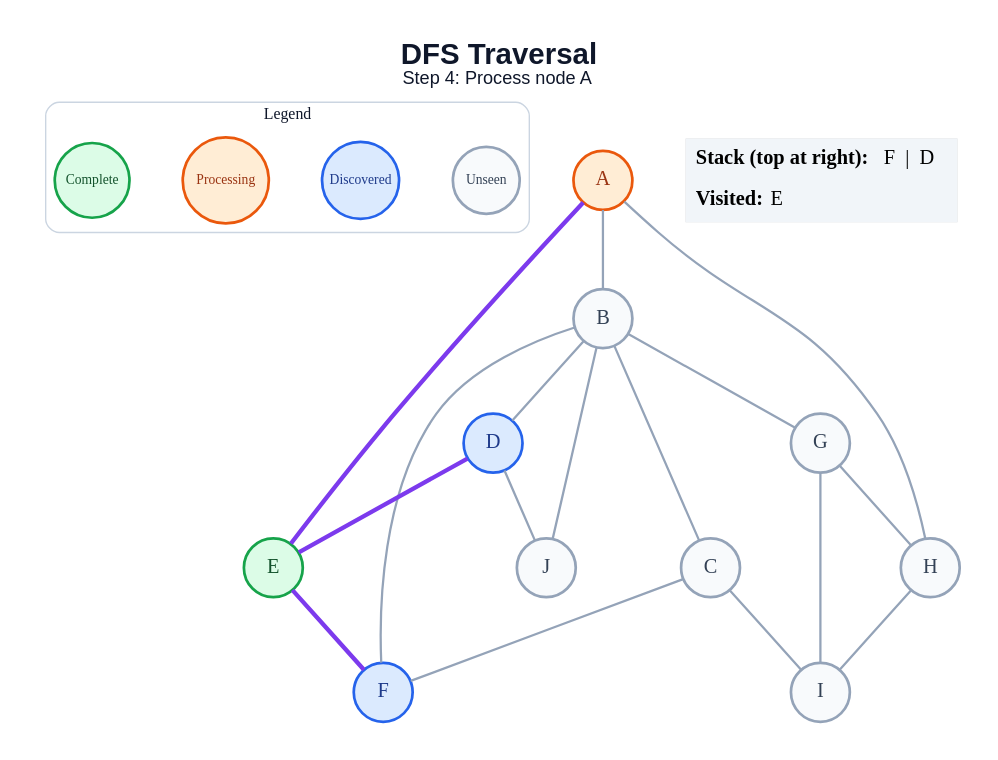
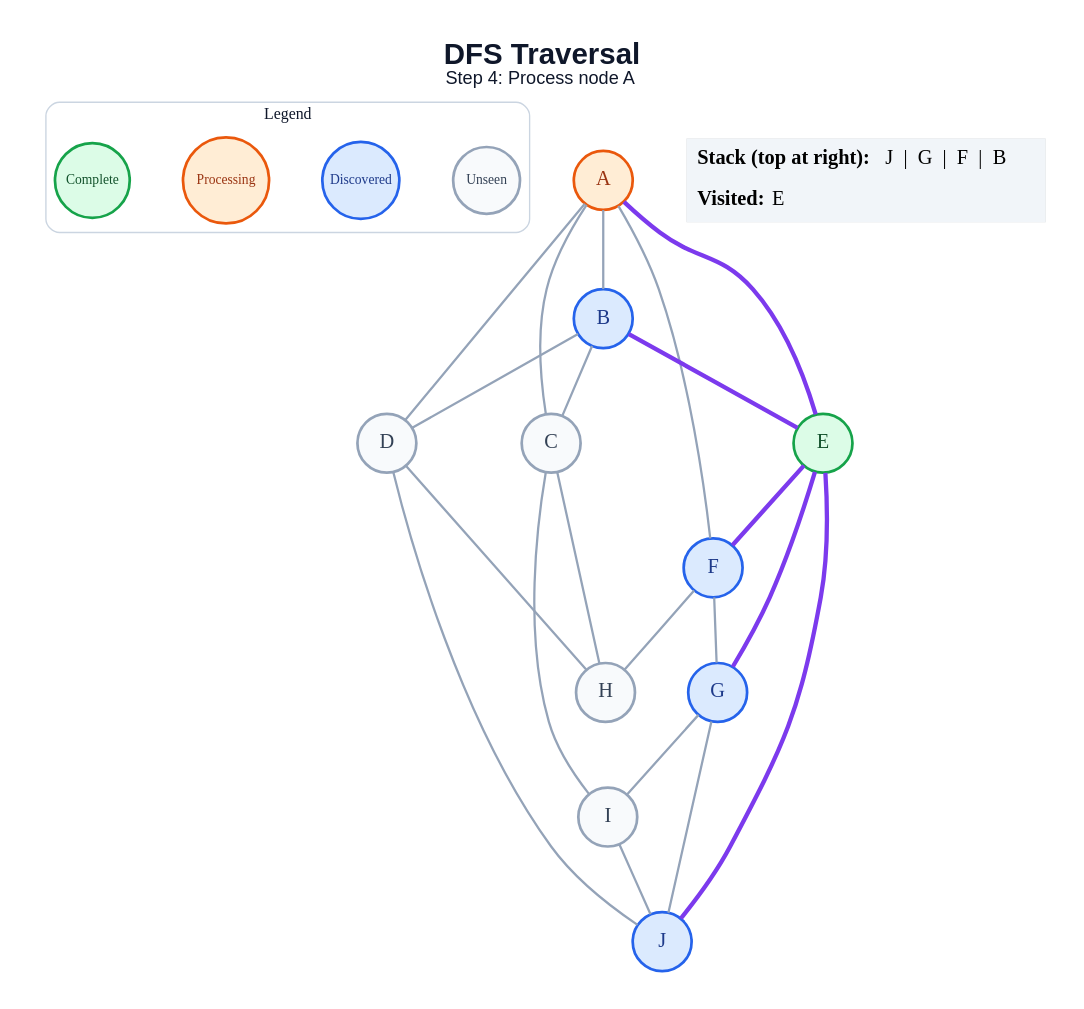
One commit to amanghodawala9/ai-slop changed the diagram in generated/specific-node/dfs/step_04.dot. Above: the diagram before and after it, drawn with Graphviz. The commit also changed 178 other files, not shown here.

```diff
--- a/generated/specific-node/dfs/step_04.dot
+++ b/generated/specific-node/dfs/step_04.dot
@@ -1,45 +1,49 @@
 graph traversal {
   graph [layout=dot, rankdir=TB, bgcolor="#FFFFFF", pad="0.35", nodesep="0.65", ranksep="0.8", fontname="Arial"];
   node [shape=circle, style="filled", fontname="Arial Bold", fontsize=18, width=0.72, fixedsize=true, penwidth=2.4];
   edge [color="#94A3B8", penwidth=2.0];
   label=<<B>DFS Traversal</B><BR/><FONT POINT-SIZE="16">Step 4: Process node A</FONT>>; labelloc="t"; fontsize=26; fontname="Arial"; fontcolor="#0F172A";
   subgraph cluster_legend { label="Legend"; color="#CBD5E1"; penwidth=1.2; style="rounded"; fontsize=14; fontname="Arial Bold";
     key_unseen [label="Unseen", fillcolor="#F8FAFC", color="#94A3B8", fontcolor="#334155", fontsize=12, width=0.82];
     key_frontier [label="Discovered", fillcolor="#DBEAFE", color="#2563EB", fontcolor="#1E3A8A", fontsize=12, width=0.95];
     key_current [label="Processing", fillcolor="#FFEDD5", color="#EA580C", fontcolor="#9A3412", fontsize=12, width=1.05];
     key_done [label="Complete", fillcolor="#DCFCE7", color="#16A34A", fontcolor="#14532D", fontsize=12, width=0.92];
     { rank=same; key_unseen; key_frontier; key_current; key_done; }
   }
   A [fillcolor="#FFEDD5", color="#EA580C", fontcolor="#9A3412"];
-  B [fillcolor="#F8FAFC", color="#94A3B8", fontcolor="#334155"];
+  B [fillcolor="#DBEAFE", color="#2563EB", fontcolor="#1E3A8A"];
   C [fillcolor="#F8FAFC", color="#94A3B8", fontcolor="#334155"];
-  D [fillcolor="#DBEAFE", color="#2563EB", fontcolor="#1E3A8A"];
+  D [fillcolor="#F8FAFC", color="#94A3B8", fontcolor="#334155"];
   E [fillcolor="#DCFCE7", color="#16A34A", fontcolor="#14532D"];
   F [fillcolor="#DBEAFE", color="#2563EB", fontcolor="#1E3A8A"];
-  G [fillcolor="#F8FAFC", color="#94A3B8", fontcolor="#334155"];
+  G [fillcolor="#DBEAFE", color="#2563EB", fontcolor="#1E3A8A"];
   H [fillcolor="#F8FAFC", color="#94A3B8", fontcolor="#334155"];
   I [fillcolor="#F8FAFC", color="#94A3B8", fontcolor="#334155"];
-  J [fillcolor="#F8FAFC", color="#94A3B8", fontcolor="#334155"];
+  J [fillcolor="#DBEAFE", color="#2563EB", fontcolor="#1E3A8A"];
   A -- B;
+  A -- C;
+  A -- D;
   A -- E [color="#7C3AED", penwidth=3.8];
-  A -- H;
+  A -- F;
   B -- C;
   B -- D;
-  B -- F;
-  B -- G;
-  B -- J;
-  C -- F;
+  B -- E [color="#7C3AED", penwidth=3.8];
+  C -- H;
   C -- I;
-  D -- E [color="#7C3AED", penwidth=3.8];
+  D -- H;
   D -- J;
   E -- F [color="#7C3AED", penwidth=3.8];
-  G -- H;
+  E -- G [color="#7C3AED", penwidth=3.8];
+  E -- J [color="#7C3AED", penwidth=3.8];
+  F -- G;
+  F -- H;
   G -- I;
-  H -- I;
+  G -- J;
+  I -- J;
   status [shape=plain, fixedsize=false, width=0, height=0, margin=0, label=<
     <TABLE BORDER="0" CELLBORDER="0" CELLPADDING="7" BGCOLOR="#F1F5F9">
-      <TR><TD ALIGN="LEFT"><B>Stack (top at right):</B> F  |  D</TD></TR>
+      <TR><TD ALIGN="LEFT"><B>Stack (top at right):</B> J  |  G  |  F  |  B</TD></TR>
       <TR><TD ALIGN="LEFT"><B>Visited:</B> E</TD></TR>
     </TABLE>
   >];
 }
```
